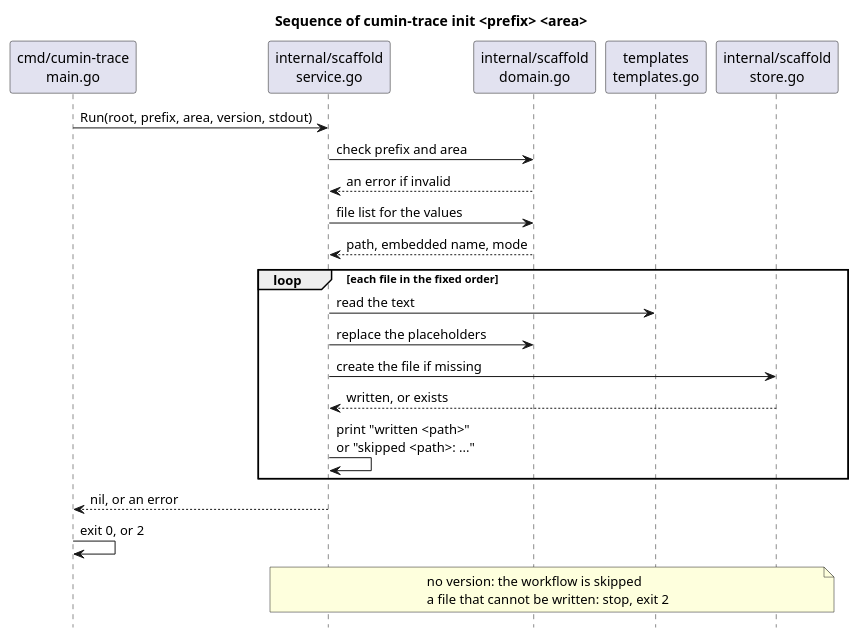
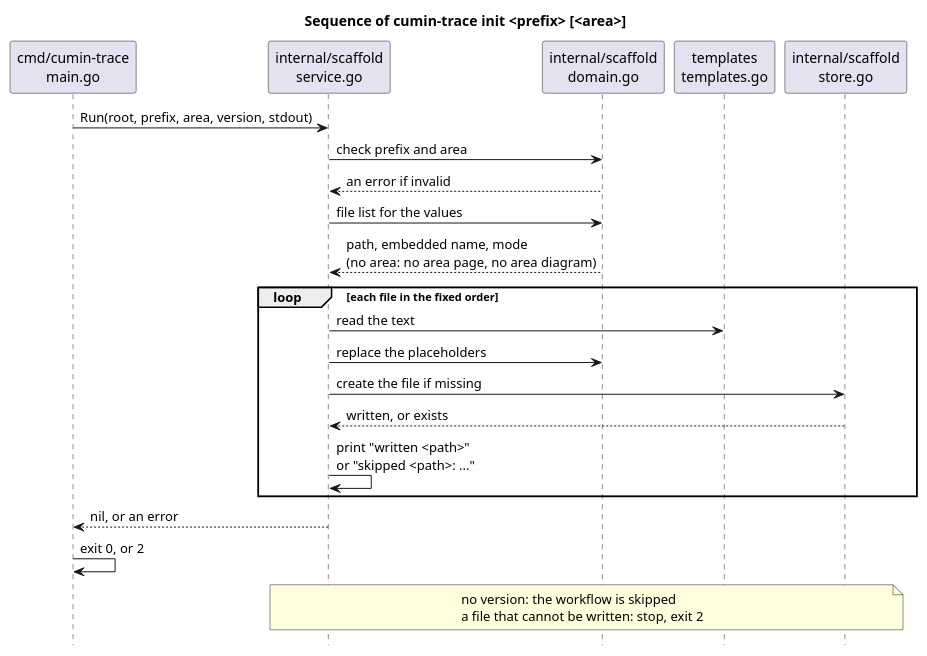
Before and after one commit to cloveclovedev/cumin-trace: the diagram in docs/ja/designs/templates/templates-sequence.puml, drawn with PlantUML. The commit also changed 5 other files, not shown here.

First line of the commit message:
docs(designs): make the area of cumin-trace init optional

```diff
--- a/docs/ja/designs/templates/templates-sequence.puml
+++ b/docs/ja/designs/templates/templates-sequence.puml
@@ -1,31 +1,31 @@
 @startuml templates-sequence
-title Sequence of cumin-trace init <prefix> <area>
+title Sequence of cumin-trace init <prefix> [<area>]
 skinparam shadowing false
 hide footbox
 
 participant "cmd/cumin-trace\nmain.go" as main
 participant "internal/scaffold\nservice.go" as service
 participant "internal/scaffold\ndomain.go" as rules
 participant "templates\ntemplates.go" as embedded
 participant "internal/scaffold\nstore.go" as store
 
 main -> service : Run(root, prefix, area, version, stdout)
 service -> rules : check prefix and area
 rules --> service : an error if invalid
 service -> rules : file list for the values
-rules --> service : path, embedded name, mode
+rules --> service : path, embedded name, mode\n(no area: no area page, no area diagram)
 loop each file in the fixed order
   service -> embedded : read the text
   service -> rules : replace the placeholders
   service -> store : create the file if missing
   store --> service : written, or exists
   service -> service : print "written <path>"\nor "skipped <path>: ..."
 end
 service --> main : nil, or an error
 main -> main : exit 0, or 2
 
 note over service, store
   no version: the workflow is skipped
   a file that cannot be written: stop, exit 2
 end note
 @enduml
```
